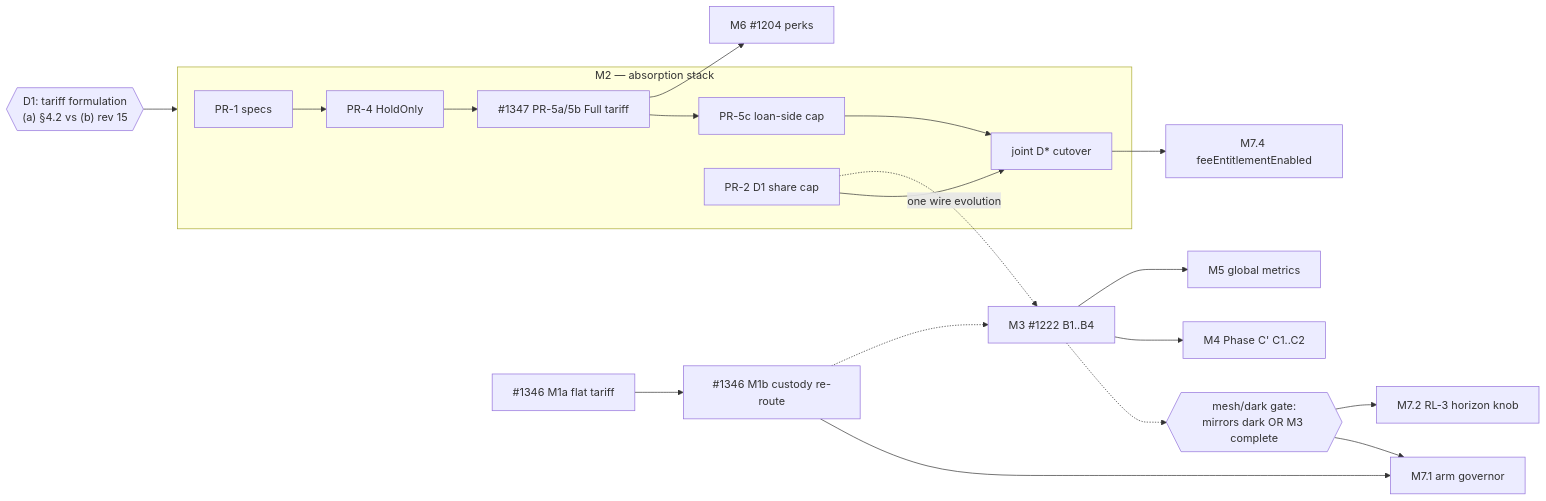
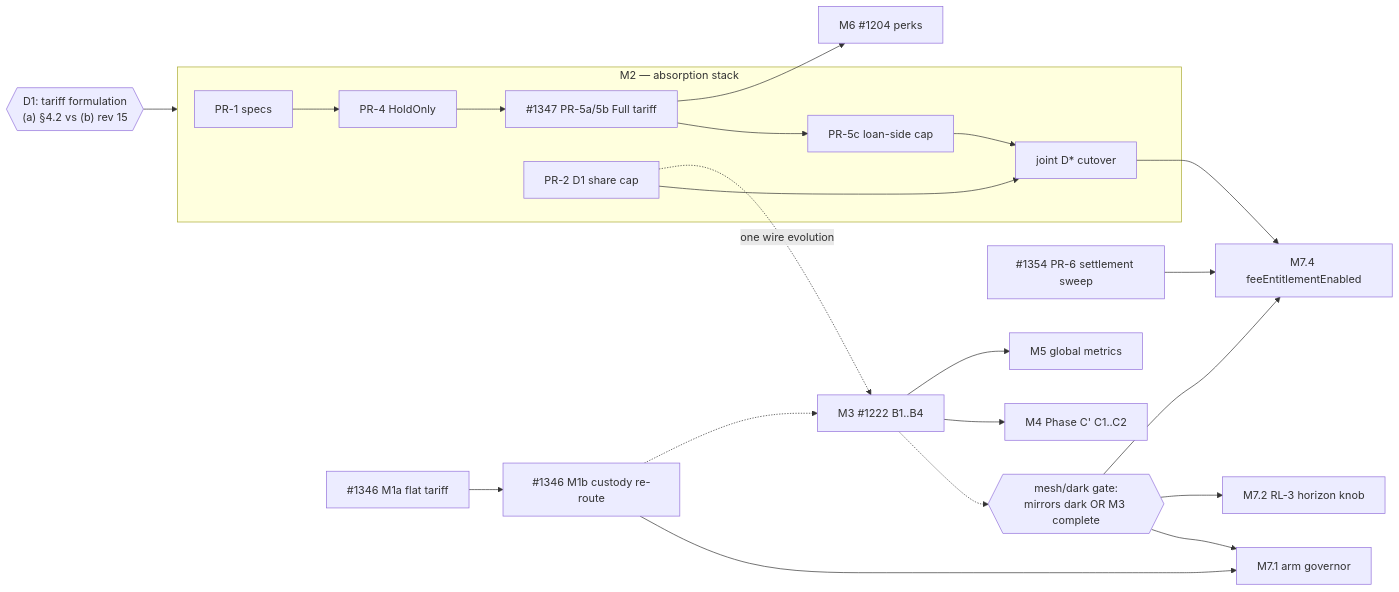
One commit to vaipakam/vaipakam changed the diagram in docs/DesignsAndPlans/VpfiRecyclingCompletionPlan.md. Above: the diagram before and after it, drawn with Mermaid. The commit also changed other lines of this file, not shown here.

````diff
--- a/docs/DesignsAndPlans/VpfiRecyclingCompletionPlan.md
+++ b/docs/DesignsAndPlans/VpfiRecyclingCompletionPlan.md
@@ -418,22 +446,24 @@
 ```mermaid
 flowchart LR
   D1{{"D1: tariff formulation<br/>(a) §4.2 vs (b) rev 15"}} --> M2
   M1a[#1346 M1a flat tariff] --> M1b[#1346 M1b custody re-route]
   M1b --> ARM[M7.1 arm governor]
   GATE{{"mesh/dark gate:<br/>mirrors dark OR M3 complete"}} --> ARM
   M3 -.-> GATE
   GATE --> RL3KNOB[M7.2 RL-3 horizon knob]
   subgraph M2 [M2 — absorption stack]
     PR1[PR-1 specs] --> PR4[PR-4 HoldOnly]
     PR4 --> PR5[#1347 PR-5a/5b Full tariff]
     PR5 --> PR5c[PR-5c loan-side cap]
     PR2[PR-2 D1 share cap] --> DSTAR[joint D* cutover]
     PR5c --> DSTAR
   end
   DSTAR --> FEE[M7.4 feeEntitlementEnabled]
+  PR6[#1354 PR-6 settlement sweep] --> FEE
+  GATE --> FEE
   PR2 -. one wire evolution .-> M3[M3 #1222 B1..B4]
   M1b -.-> M3
   M3 --> M4[M4 Phase C' C1..C2]
   M3 --> M5g[M5 global metrics]
   PR5 --> E2[M6 #1204 perks]
 ```
````
